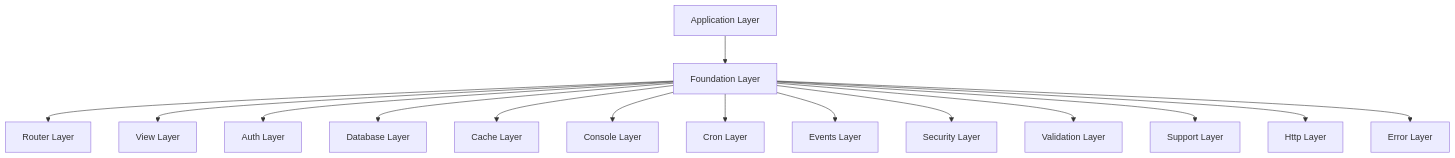
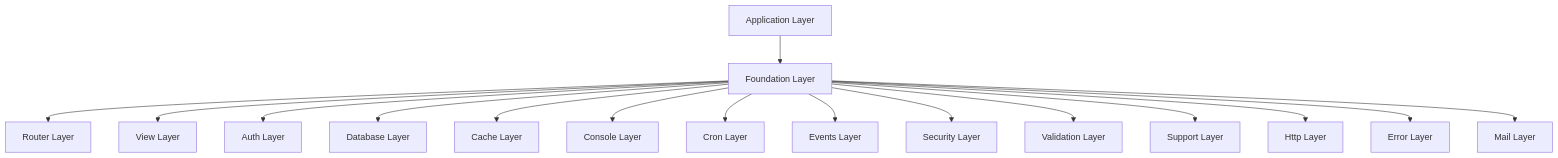
Before and after one commit to lengthofrope/treehouse: the diagram in .kilocode/rules/memory-bank/architecture.md, drawn with Mermaid. The commit also changed other lines of this file and 5 other files, not shown here.

````diff
--- a/.kilocode/rules/memory-bank/architecture.md
+++ b/.kilocode/rules/memory-bank/architecture.md
@@ -9,17 +9,18 @@
 ```mermaid
 graph TB
     A[Application Layer] --> B[Foundation Layer]
     B --> C[Router Layer]
     B --> D[View Layer]
     B --> E[Auth Layer]
     B --> F[Database Layer]
     B --> G[Cache Layer]
     B --> H[Console Layer]
     B --> I[Cron Layer]
     B --> J[Events Layer]
     B --> K[Security Layer]
     B --> L[Validation Layer]
     B --> M[Support Layer]
     B --> N[Http Layer]
     B --> O[Error Layer]
+    B --> P[Mail Layer]
 ```
````
